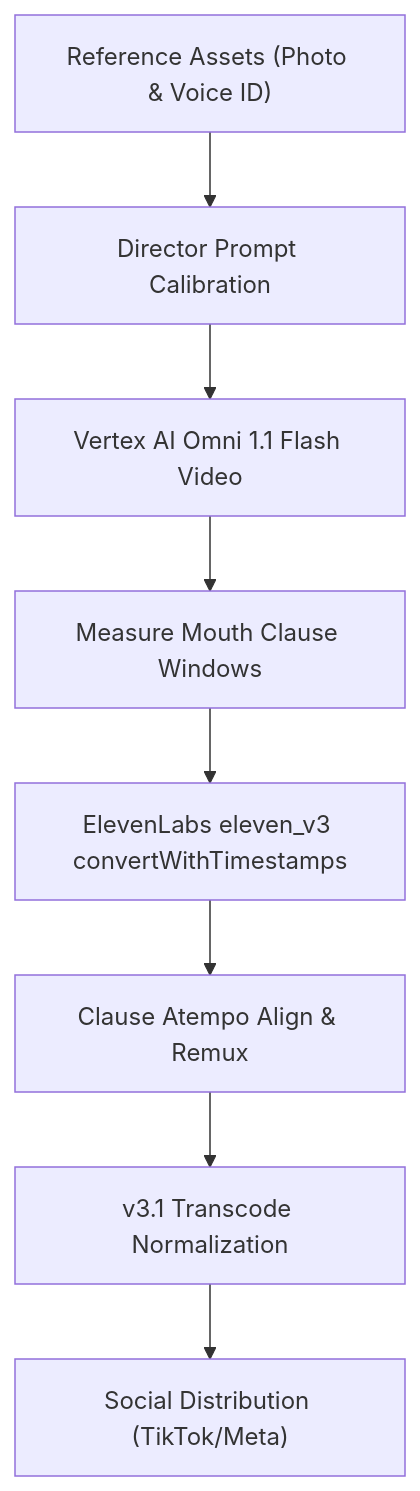
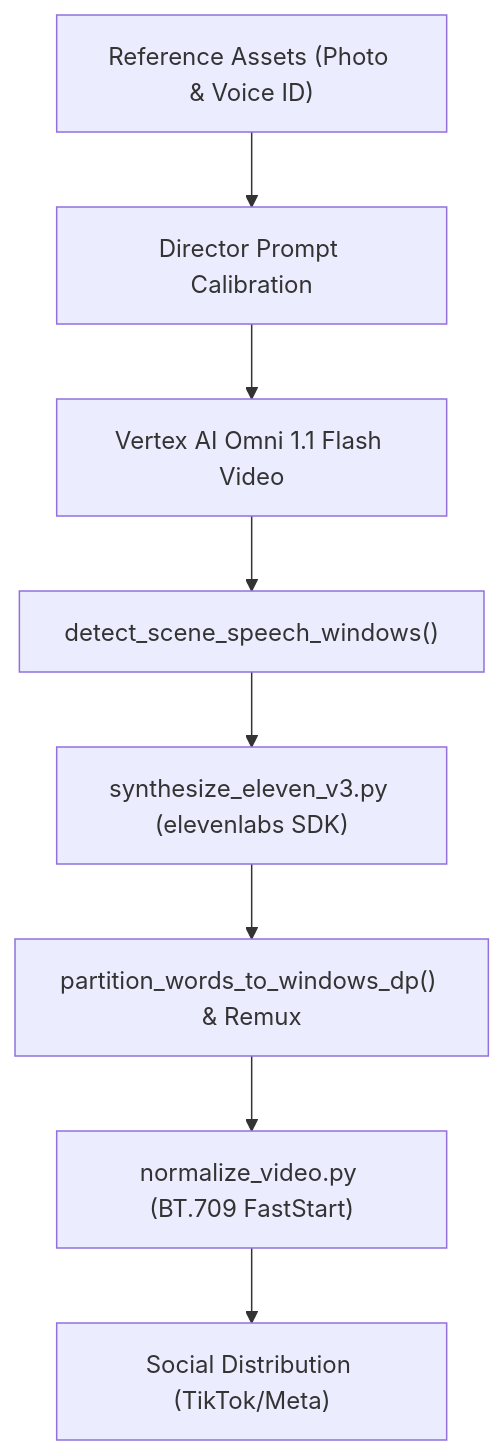
The first of 2 diagrams in .agents/skills/video-editing/workflows/avatar-ugc-synthesis.md (nghuyenthevinh2000/social-content), drawn with Mermaid before and after one commit. The commit also changed other lines of this file and 17 other files, not shown here.

Commit message:
feat(ugc-video): extract synthesize_eleven_v3 SDK module, fix DP lip-sync alignment, and update video-editing skill

````diff
--- a/.agents/skills/video-editing/workflows/avatar-ugc-synthesis.md
+++ b/.agents/skills/video-editing/workflows/avatar-ugc-synthesis.md
@@ -8,10 +8,10 @@
 ```mermaid
 flowchart TD
     A["Reference Assets (Photo & Voice ID)"] --> B["Director Prompt Calibration"]
     B --> C["Vertex AI Omni 1.1 Flash Video"]
-    C --> D["Measure Mouth Clause Windows"]
-    D --> E["ElevenLabs eleven_v3 convertWithTimestamps"]
-    E --> F["Clause Atempo Align & Remux"]
-    F --> G["v3.1 Transcode Normalization"]
+    C --> D["detect_scene_speech_windows()"]
+    D --> E["synthesize_eleven_v3.py (elevenlabs SDK)"]
+    E --> F["partition_words_to_windows_dp() & Remux"]
+    F --> G["normalize_video.py (BT.709 FastStart)"]
     G --> H["Social Distribution (TikTok/Meta)"]
 ```
````
